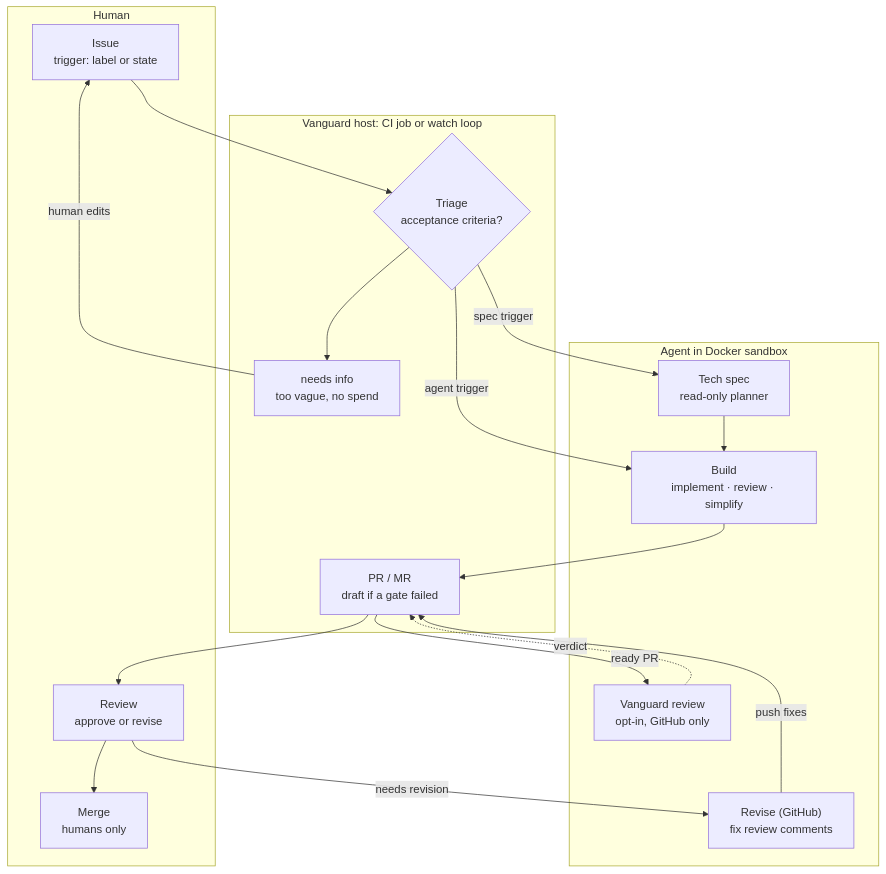
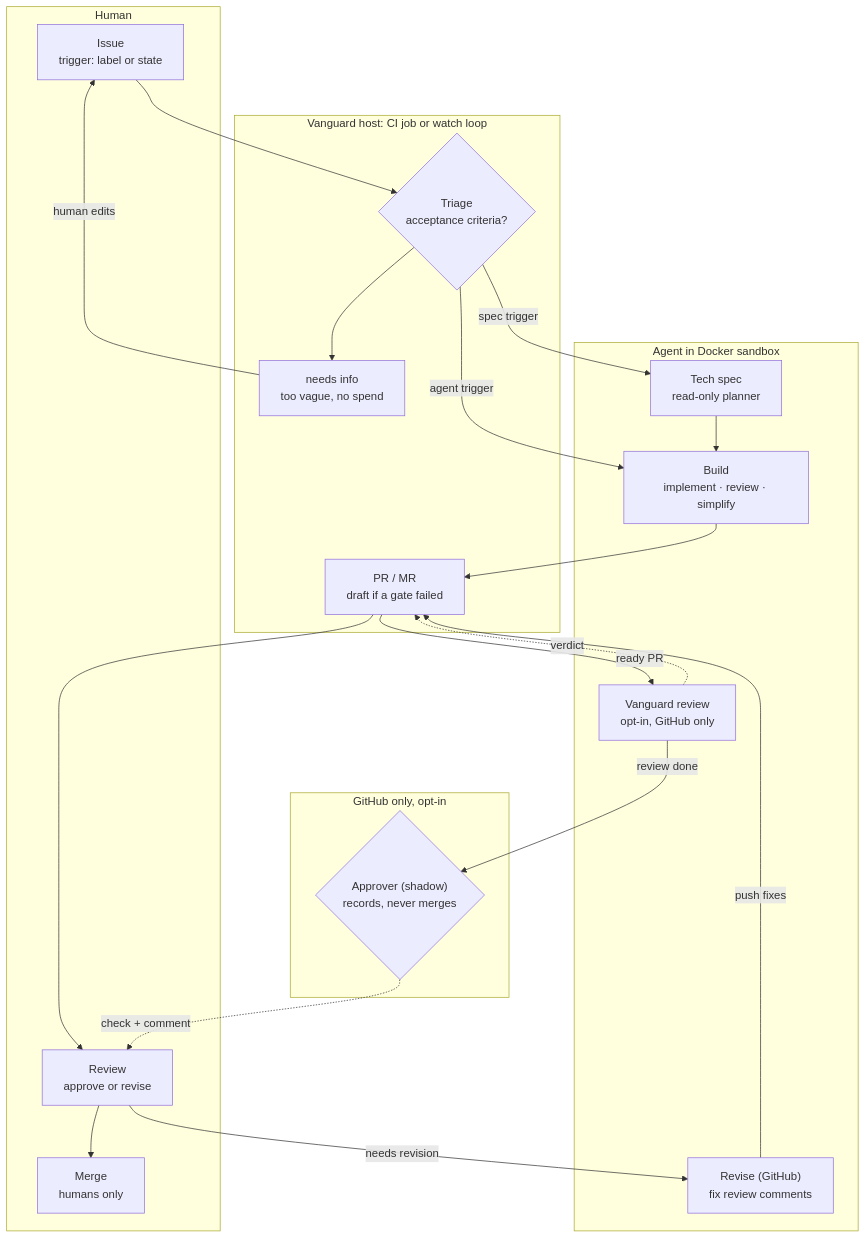
The diagram in docs/diagrams/factory-loop.mmd (SebaBoler/vanguard), drawn with Mermaid before and after one commit. The commit also changed 8 other files, not shown here.

Commit message:
docs: diagrams show the shadow approver (#565)

```diff
--- a/docs/diagrams/factory-loop.mmd
+++ b/docs/diagrams/factory-loop.mmd
@@ -1,29 +1,33 @@
 %% Factory loop: the topology behind factory-loop-light.svg / factory-loop-dark.svg (README "What is Vanguard?").
 %% Change it here first, mirror it in factory-loop.archify.json, then re-render with archify (github.com/tt-a1i/archify):
 %%   node archify/bin/archify.mjs deliver architecture docs/diagrams/factory-loop.archify.json <out>.html --quality showcase
 %% Open <out>.html → Export → SVG, then: docs/diagrams/split-theme.sh <export>.svg factory-loop
 flowchart TB
   subgraph human[Human]
     issue["Issue<br/>trigger: label or state"]
     merge["Merge<br/>humans only"]
     review["Review<br/>approve or revise"]
   end
   subgraph host[Vanguard host: CI job or watch loop]
     triage{"Triage<br/>acceptance criteria?"}
     info["needs info<br/>too vague, no spend"]
     pr["PR / MR<br/>draft if a gate failed"]
   end
   subgraph sandbox[Agent in Docker sandbox]
     spec["Tech spec<br/>read-only planner"]
     build["Build<br/>implement · review · simplify"]
     autoreview["Vanguard review<br/>opt-in, GitHub only"]
     revise["Revise (GitHub)<br/>fix review comments"]
   end
+  subgraph github[GitHub only, opt-in]
+    approver{"Approver (shadow)<br/>records, never merges"}
+  end
 
   issue --> triage
   triage --> info -->|human edits| issue
   triage -->|spec trigger| spec --> build
   triage -->|agent trigger| build
   build --> pr --> review --> merge
   pr -->|ready PR| autoreview -.->|verdict| pr
+  autoreview -->|review done| approver -.->|check + comment| review
   review -->|needs revision| revise -->|push fixes| pr
```
